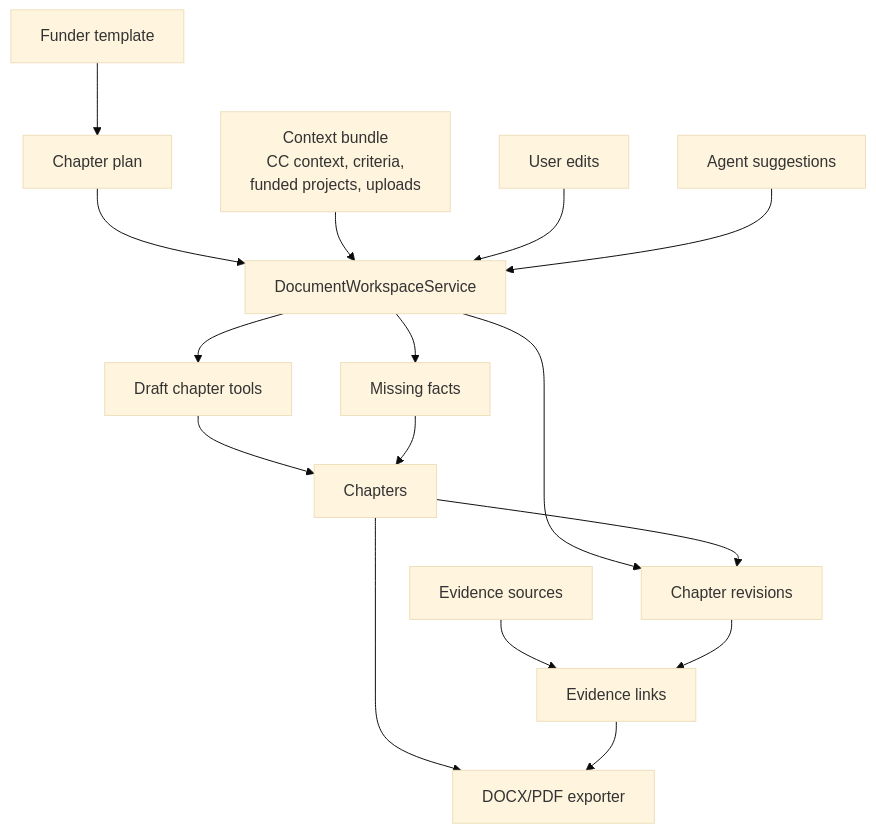
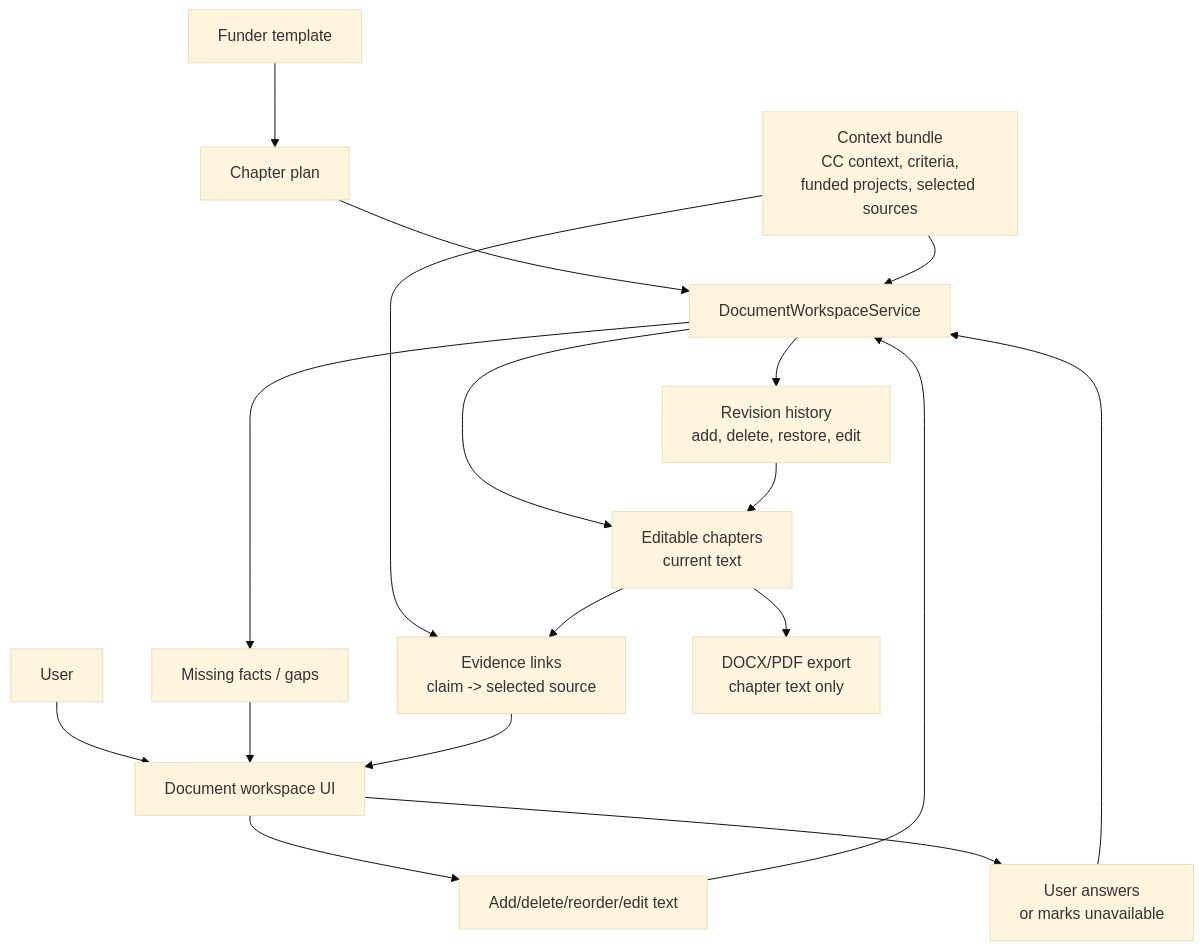
Before and after one commit to Open-Earth-Foundation/CityCatalyst: the ninth of 13 diagrams in docs/ConceptNoteBuilderArchitecture.md, drawn with Mermaid (base theme). The commit also changed other lines of this file, not shown here.

Commit message:
docs: clarify document workspace flow

````diff
--- a/docs/ConceptNoteBuilderArchitecture.md
+++ b/docs/ConceptNoteBuilderArchitecture.md
@@ -719,18 +718,20 @@
 ```mermaid
 flowchart TB
     Template["Funder template"] --> ChapterPlan["Chapter plan"]
     ChapterPlan --> DocService["DocumentWorkspaceService"]
-    Context["Context bundle<br/>CC context, criteria,<br/>funded projects, uploads"] --> DocService
-    DocService --> DraftTools["Draft chapter tools"]
-    DraftTools --> Chapters["Chapters"]
-    UserEdits["User edits"] --> DocService
-    AgentEdits["Agent suggestions"] --> DocService
-    DocService --> Revisions["Chapter revisions"]
-    Chapters --> Revisions
-    Sources["Evidence sources"] --> Citations["Evidence links"]
-    Revisions --> Citations
-    DocService --> Gaps["Missing facts"]
-    Gaps --> Chapters
-    Chapters --> Exporter["DOCX/PDF exporter"]
-    Citations --> Exporter
+    Context["Context bundle<br/>CC context, criteria,<br/>funded projects, selected sources"] --> DocService
+    User["User"] --> Workspace["Document workspace UI"]
+    Workspace --> UserEdits["Add/delete/reorder/edit text"]
+    UserEdits --> DocService
+    DocService --> Chapters["Editable chapters<br/>current text"]
+    DocService --> Revisions["Revision history<br/>add, delete, restore, edit"]
+    Revisions --> Chapters
+    DocService --> Gaps["Missing facts / gaps"]
+    Gaps --> Workspace
+    Workspace --> UserAnswers["User answers<br/>or marks unavailable"]
+    UserAnswers --> DocService
+    Context --> EvidenceLinks["Evidence links<br/>claim -> selected source"]
+    Chapters --> EvidenceLinks
+    EvidenceLinks --> Workspace
+    Chapters --> Exporter["DOCX/PDF export<br/>chapter text only"]
 ```
````
